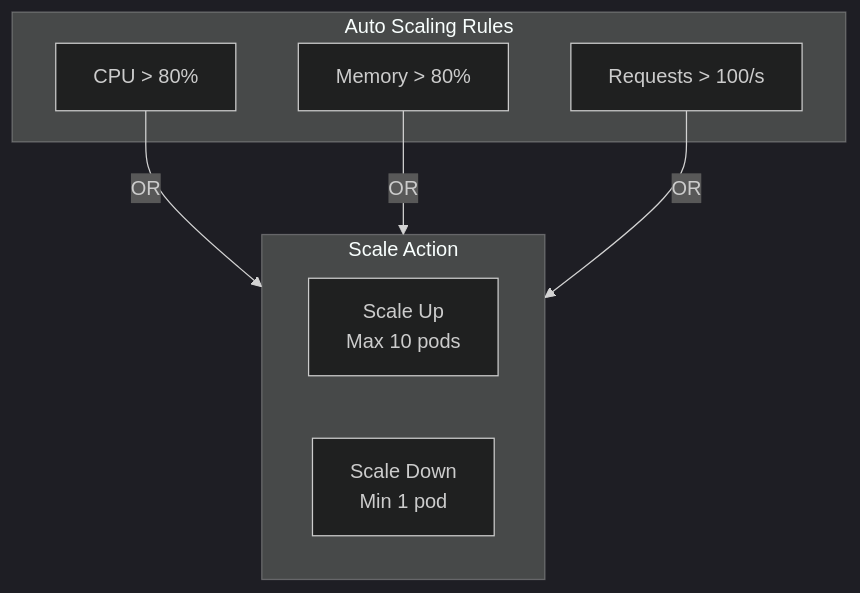
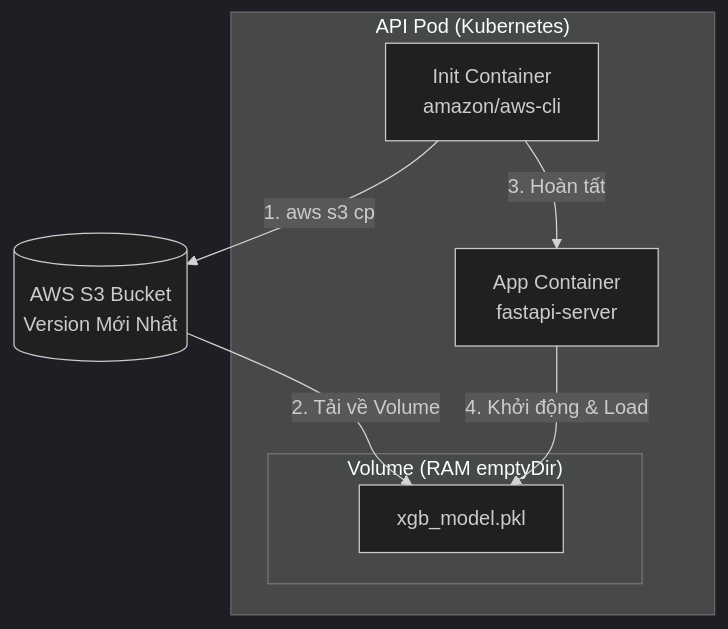
One commit to Viet-Hoang-2005/AdaptML changed the fourth of 6 diagrams in ARCHITECTURE.md. Above: the diagram before and after it, drawn with Mermaid (dark theme). The commit also changed other lines of this file and 10 other files, not shown here.

Commit message:
docs/update README, ARCHITECTURE, CHANGELOG and CONTRIBUTING

````diff
--- a/ARCHITECTURE.md
+++ b/ARCHITECTURE.md
@@ -474,17 +99,18 @@
 ```mermaid
 flowchart TB
-    subgraph SCALE["Auto Scaling Rules"]
-        CPU[CPU > 80%]
-        MEM[Memory > 80%]
-        REQ[Requests > 100/s]
+    subgraph API_POD["API Pod (Kubernetes)"]
+        subgraph VOL["Volume (RAM emptyDir)"]
+            PKL[xgb_model.pkl]
+        end
+
+        INIT[Init Container<br/>amazon/aws-cli]
+        APP[App Container<br/>fastapi-server]
     end
 
-    subgraph ACTION["Scale Action"]
-        UP[Scale Up<br/>Max 10 pods]
-        DOWN[Scale Down<br/>Min 1 pod]
-    end
+    S3[(AWS S3 Bucket<br/>Version Mới Nhất)]
 
-    CPU -->|OR| ACTION
-    MEM -->|OR| ACTION
-    REQ -->|OR| ACTION
+    INIT -->|1. aws s3 cp| S3
+    S3 -->|2. Tải về Volume| PKL
+    INIT -->|3. Hoàn tất| APP
+    APP -->|4. Khởi động & Load| PKL
 ```
````
